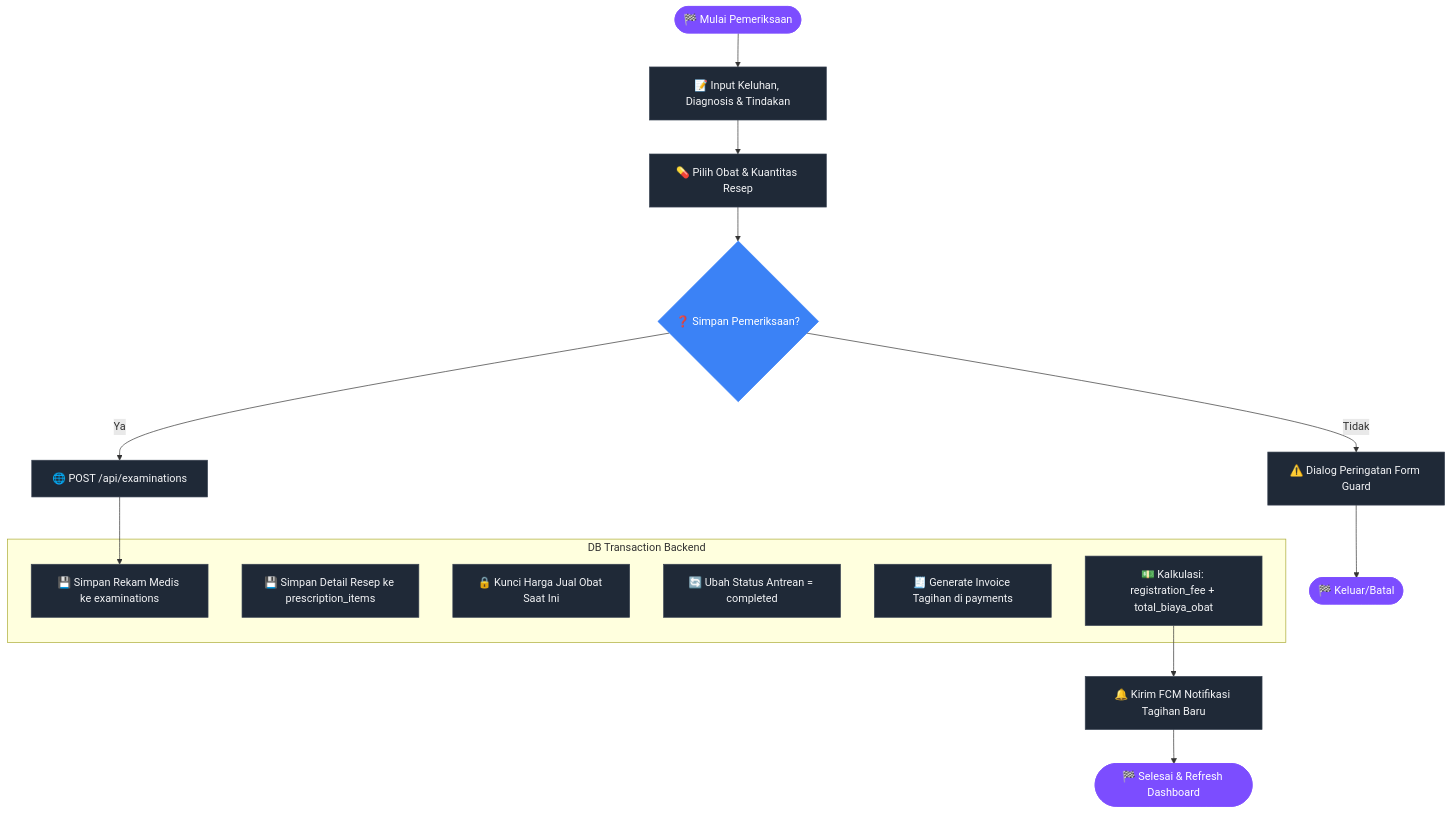
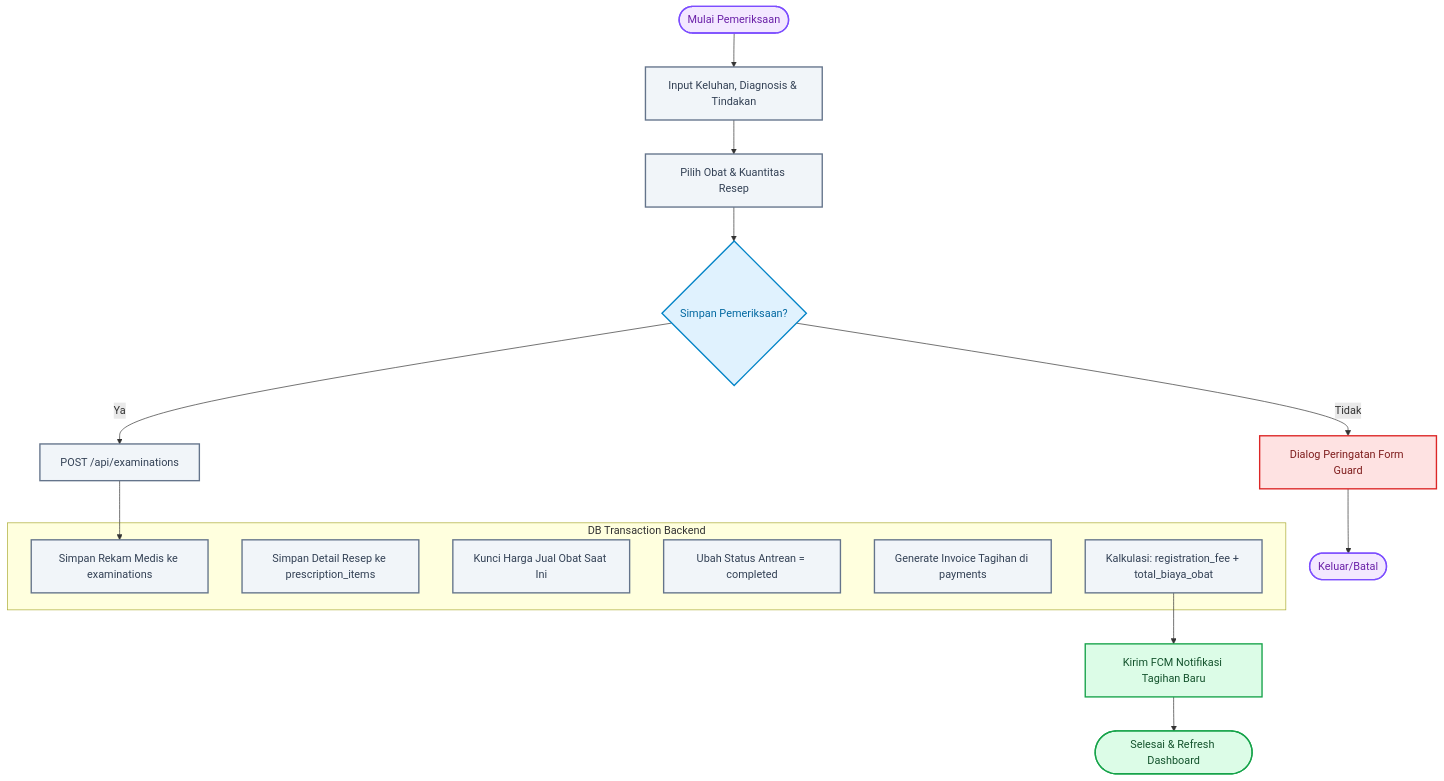
The seventh of 10 diagrams in dokumentasi/ALUR_BISNIS.md (Rezi14/NalaSeva-Mobile-Test), drawn with Mermaid before and after one commit. The commit also changed other lines of this file and 1 other file, not shown here.

````diff
--- a/dokumentasi/ALUR_BISNIS.md
+++ b/dokumentasi/ALUR_BISNIS.md
@@ -252,26 +264,28 @@
 ```mermaid
 flowchart TD
-    classDef default fill:#1f2937,stroke:#374151,stroke-width:1px,color:#f3f4f6;
-    classDef startEnd fill:#7c4dff,stroke:#7c4dff,color:#fff;
-    classDef decision fill:#3b82f6,stroke:#3b82f6,color:#fff;
+    classDef startEnd fill:#f3e8ff,stroke:#7c4dff,stroke-width:2px,color:#6b21a8;
+    classDef decision fill:#e0f2fe,stroke:#0284c7,stroke-width:2px,color:#0369a1;
+    classDef process fill:#f1f5f9,stroke:#64748b,stroke-width:2px,color:#334155;
+    classDef success fill:#dcfce7,stroke:#16a34a,stroke-width:2px,color:#14532d;
+    classDef fail fill:#fee2e2,stroke:#dc2626,stroke-width:2px,color:#7f1d1d;
 
-    Start([🏁 Mulai Pemeriksaan]):::startEnd --> Form[📝 Input Keluhan, Diagnosis & Tindakan]
-    Form --> Rx[💊 Pilih Obat & Kuantitas Resep]
-    Rx --> Save{❓ Simpan Pemeriksaan?}:::decision
+    Start([Mulai Pemeriksaan]):::startEnd --> Form[Input Keluhan, Diagnosis & Tindakan]:::process
+    Form --> Rx[Pilih Obat & Kuantitas Resep]:::process
+    Rx --> Save{Simpan Pemeriksaan?}:::decision
     
-    Save -- Tidak --> Discard[⚠️ Dialog Peringatan Form Guard] --> EndDiscard([🏁 Keluar/Batal]):::startEnd
-    Save -- Ya --> API[🌐 POST /api/examinations]
+    Save -- Tidak --> Discard[Dialog Peringatan Form Guard]:::fail --> EndDiscard([Keluar/Batal]):::startEnd
+    Save -- Ya --> API[POST /api/examinations]:::process
     
     subgraph DB Transaction Backend
-        DB1[💾 Simpan Rekam Medis ke examinations]
-        DB2[💾 Simpan Detail Resep ke prescription_items]
-        DB3[🔒 Kunci Harga Jual Obat Saat Ini]
-        DB4[🔄 Ubah Status Antrean = completed]
-        DB5[🧾 Generate Invoice Tagihan di payments]
-        DB6[💵 Kalkulasi: registration_fee + total_biaya_obat]
+        DB1[Simpan Rekam Medis ke examinations]:::process
+        DB2[Simpan Detail Resep ke prescription_items]:::process
+        DB3[Kunci Harga Jual Obat Saat Ini]:::process
+        DB4[Ubah Status Antrean = completed]:::process
+        DB5[Generate Invoice Tagihan di payments]:::process
+        DB6[Kalkulasi: registration_fee + total_biaya_obat]:::process
     end
     
     API --> DB1
-    DB6 --> FCM[🔔 Kirim FCM Notifikasi Tagihan Baru]
-    FCM --> Done([🏁 Selesai & Refresh Dashboard]):::startEnd
+    DB6 --> FCM[Kirim FCM Notifikasi Tagihan Baru]:::success
+    FCM --> Done([Selesai & Refresh Dashboard]):::success
 ```
````
